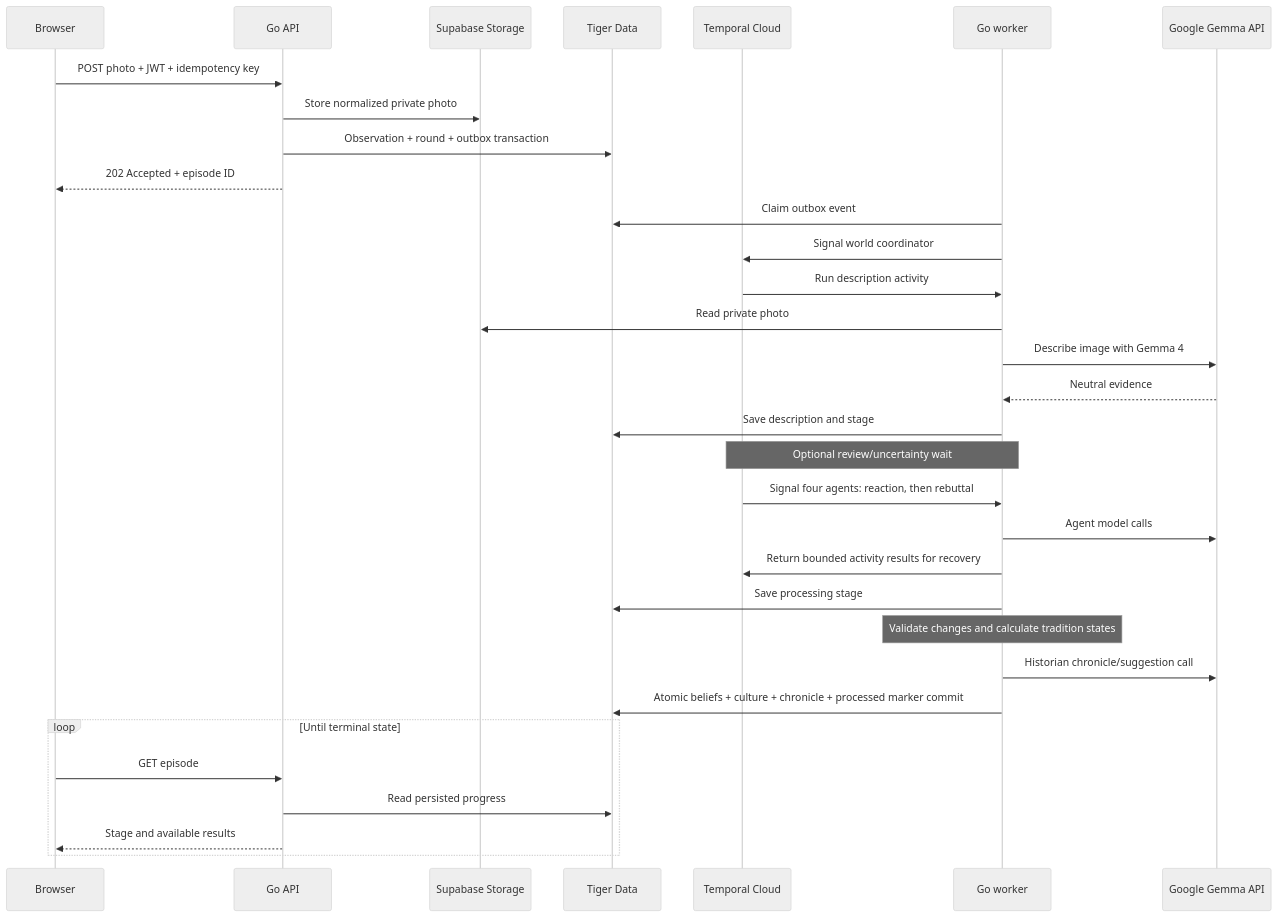
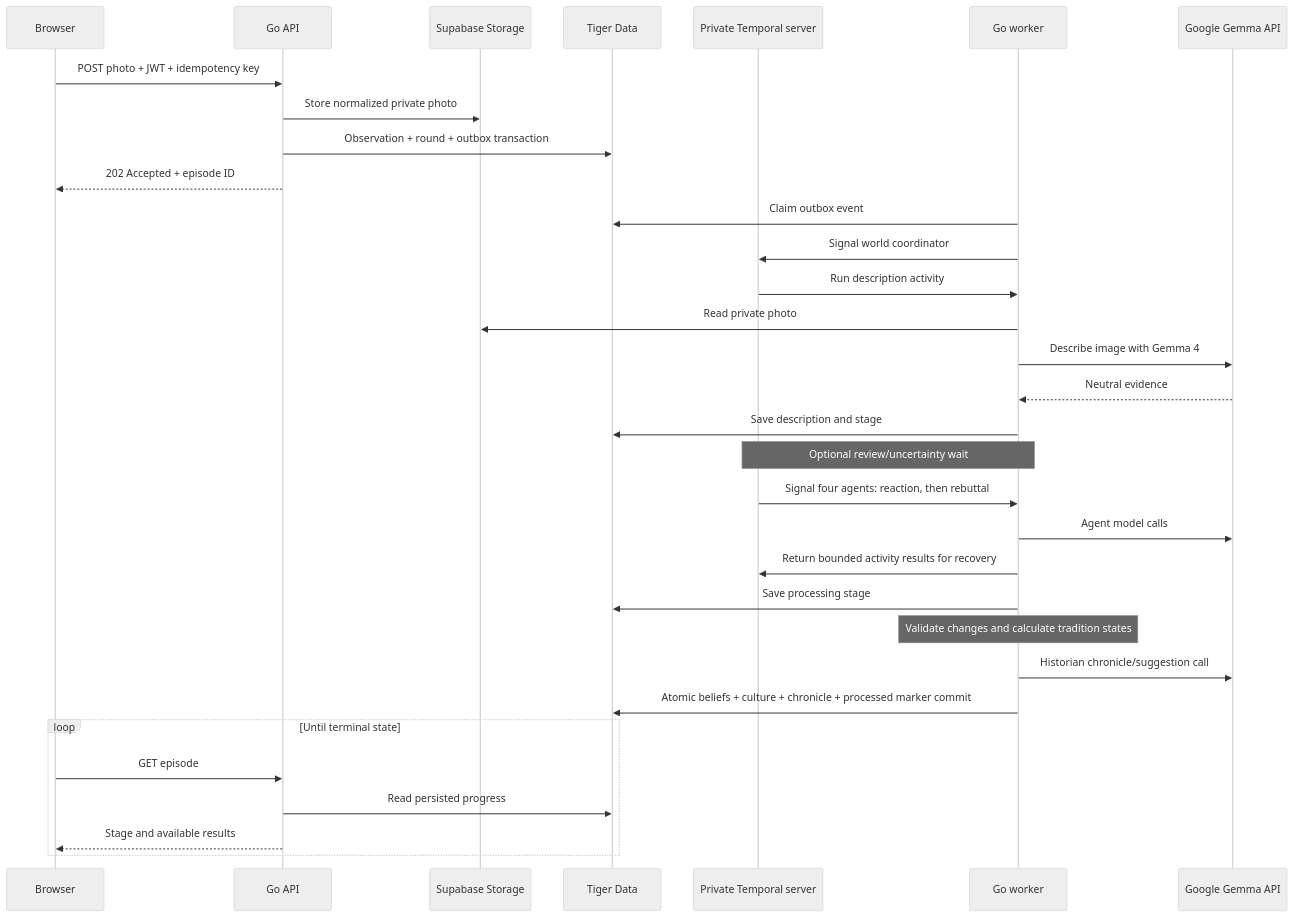
The third of 3 diagrams in ARCHITECTURE.md (amh1k/mythborn), drawn with Mermaid (neutral theme) before and after one commit. The commit also changed other lines of this file and 7 other files, not shown here.

````diff
--- a/ARCHITECTURE.md
+++ b/ARCHITECTURE.md
@@ -112,34 +113,34 @@
 ```mermaid
 sequenceDiagram
     participant B as Browser
     participant A as Go API
     participant S as Supabase Storage
     participant D as Tiger Data
-    participant T as Temporal Cloud
+    participant T as Private Temporal server
     participant W as Go worker
     participant G as Google Gemma API
     B->>A: POST photo + JWT + idempotency key
     A->>S: Store normalized private photo
     A->>D: Observation + round + outbox transaction
     A-->>B: 202 Accepted + episode ID
     W->>D: Claim outbox event
     W->>T: Signal world coordinator
     T->>W: Run description activity
     W->>S: Read private photo
     W->>G: Describe image with Gemma 4
     G-->>W: Neutral evidence
     W->>D: Save description and stage
     Note over T,W: Optional review/uncertainty wait
     T->>W: Signal four agents: reaction, then rebuttal
     W->>G: Agent model calls
     W->>T: Return bounded activity results for recovery
     W->>D: Save processing stage
     Note over W: Validate changes and calculate tradition states
     W->>G: Historian chronicle/suggestion call
     W->>D: Atomic beliefs + culture + chronicle + processed marker commit
     loop Until terminal state
         B->>A: GET episode
         A->>D: Read persisted progress
         A-->>B: Stage and available results
     end
 ```
````
